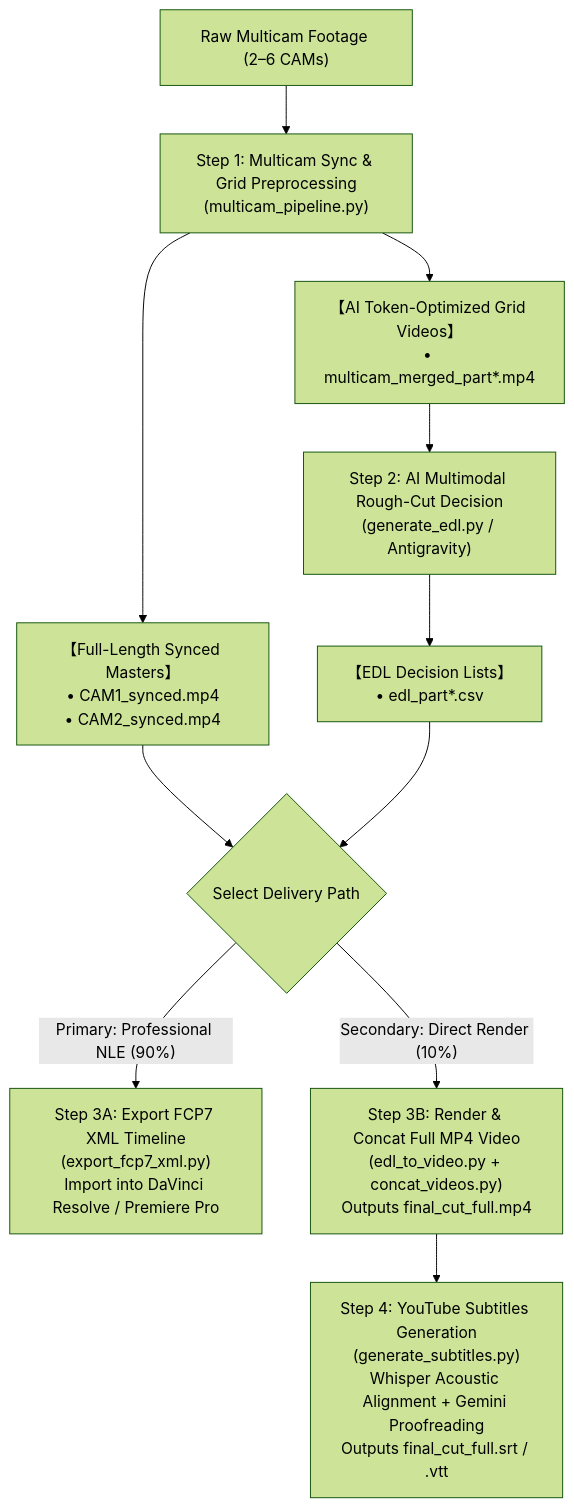
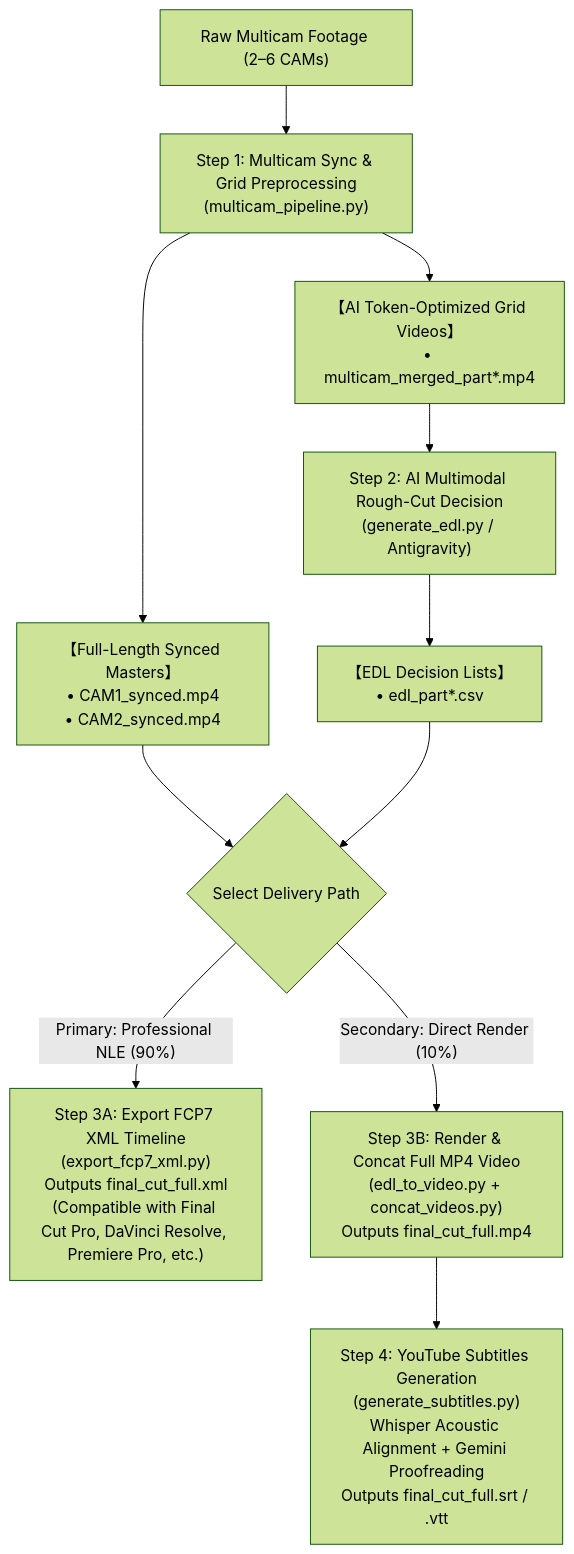
One commit to sylphlin/multicam-video-preprocessing changed the diagram in README.md. Above: the diagram before and after it, drawn with Mermaid (forest theme). The commit also changed other lines of this file and 3 other files, not shown here.

Commit message:
docs: clarify FCP7 XML timeline format compatibility (Final Cut Pro, DaVinci Resolve, Premiere Pro) in diagrams and step descriptions

````diff
--- a/README.md
+++ b/README.md
@@ -53,18 +53,18 @@
 ```mermaid
 flowchart TD
     A["Raw Multicam Footage (2–6 CAMs)"] --> B["Step 1: Multicam Sync & Grid Preprocessing<br/>(multicam_pipeline.py)"]
     
     B --> C["【Full-Length Synced Masters】<br/>• CAM1_synced.mp4<br/>• CAM2_synced.mp4"]
     B --> D["【AI Token-Optimized Grid Videos】<br/>• multicam_merged_part*.mp4"]
     
     D --> E["Step 2: AI Multimodal Rough-Cut Decision<br/>(generate_edl.py / Antigravity)"]
     E --> F["【EDL Decision Lists】<br/>• edl_part*.csv"]
     
     C --> G{"Select Delivery Path"}
     F --> G
     
-    G -->|"Primary: Professional NLE (90%)"| H["Step 3A: Export FCP7 XML Timeline<br/>(export_fcp7_xml.py)<br/>Import into DaVinci Resolve / Premiere Pro"]
+    G -->|"Primary: Professional NLE (90%)"| H["Step 3A: Export FCP7 XML Timeline<br/>(export_fcp7_xml.py)<br/>Outputs final_cut_full.xml<br/>(Compatible with Final Cut Pro, DaVinci Resolve, Premiere Pro, etc.)"]
     G -->|"Secondary: Direct Render (10%)"| I["Step 3B: Render & Concat Full MP4 Video<br/>(edl_to_video.py + concat_videos.py)<br/>Outputs final_cut_full.mp4"]
     
     I --> J["Step 4: YouTube Subtitles Generation<br/>(generate_subtitles.py)<br/>Whisper Acoustic Alignment + Gemini Proofreading<br/>Outputs final_cut_full.srt / .vtt"]
 ```
````
